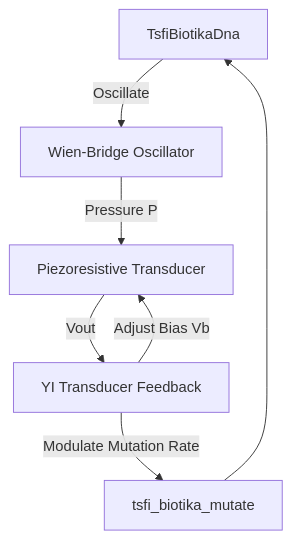
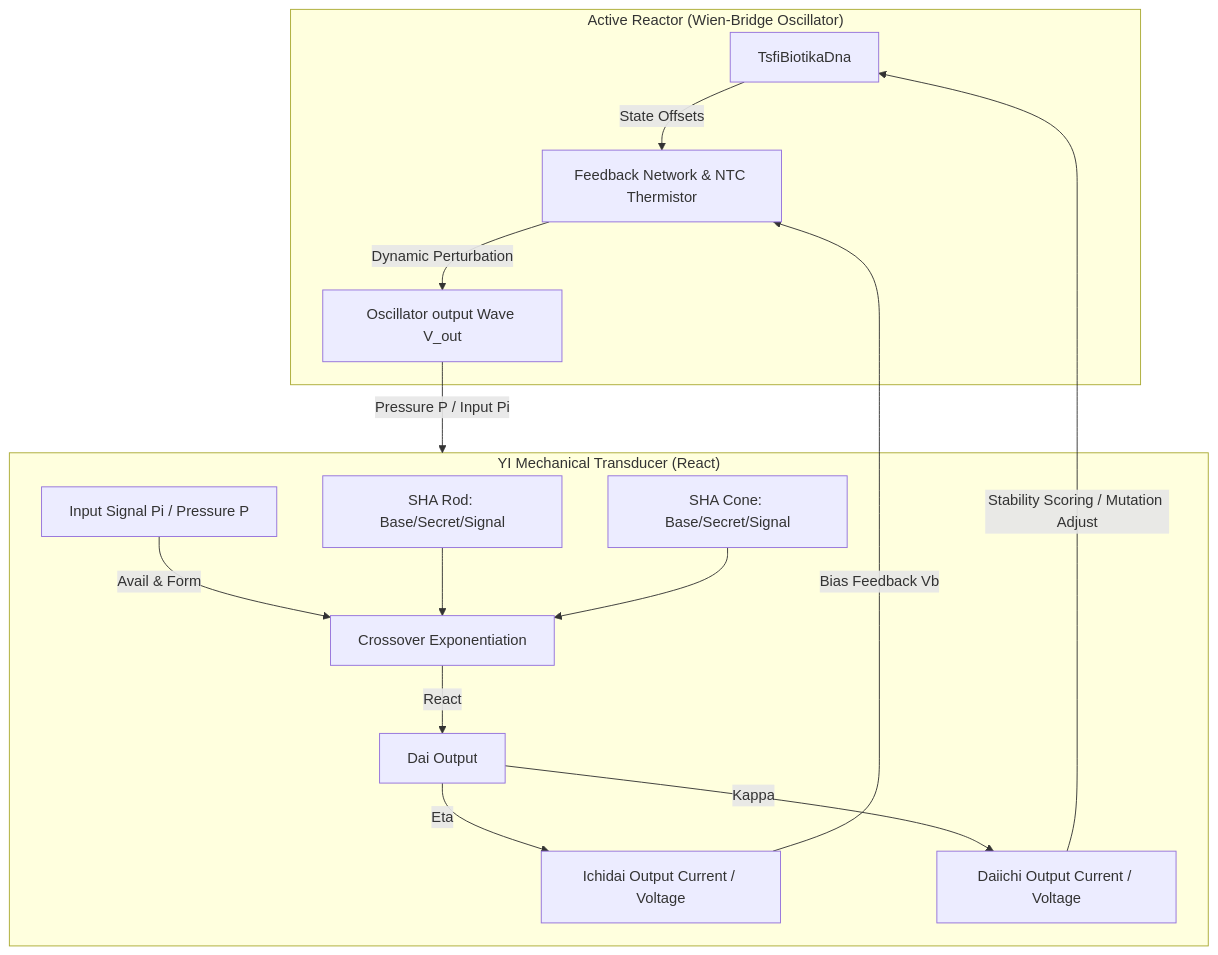
Before and after one commit to busytoby/atropa_pulsechain: the diagram in lore/yi_mechanical_transducer.md, drawn with Mermaid. The commit also changed other lines of this file, not shown here.

Commit message:
Refine the YI Mechanical Transducer system architecture diagram

````diff
--- a/lore/yi_mechanical_transducer.md
+++ b/lore/yi_mechanical_transducer.md
@@ -25,9 +25,29 @@
 ```mermaid
 graph TD
-    DNA[TsfiBiotikaDna] -->|Oscillate| OSC[Wien-Bridge Oscillator]
-    OSC -->|Pressure P| PHYS[Piezoresistive Transducer]
-    PHYS -->|Vout| BIAS_MOD[YI Transducer Feedback]
-    BIAS_MOD -->|Adjust Bias Vb| PHYS
-    BIAS_MOD -->|Modulate Mutation Rate| MUT[tsfi_biotika_mutate]
-    MUT --> DNA
+    %% Left Side: Physical Reactor & Transducer
+    subgraph Reactor ["Active Reactor (Wien-Bridge Oscillator)"]
+        DNA[TsfiBiotikaDna] -->|State Offsets| FEEDBACK[Feedback Network & NTC Thermistor]
+        FEEDBACK -->|Dynamic Perturbation| OSC_WAVE[Oscillator output Wave V_out]
+    end
+
+    %% Center: Transduction Mapping
+    OSC_WAVE -->|Pressure P / Input Pi| YI_TRANS
+
+    %% Right Side: YI Transducer Execution
+    subgraph YI_TRANS ["YI Mechanical Transducer (React)"]
+        ROD[SHA Rod: Base/Secret/Signal]
+        CONE[SHA Cone: Base/Secret/Signal]
+        
+        INPUT[Input Signal Pi / Pressure P] -->|Avail & Form| CROSSOVER[Crossover Exponentiation]
+        ROD --> CROSSOVER
+        CONE --> CROSSOVER
+        
+        CROSSOVER -->|React| OUT_DAI[Dai Output]
+        OUT_DAI -->|Eta| ICHIDAI[Ichidai Output Current / Voltage]
+        OUT_DAI -->|Kappa| DAIICHI[Daiichi Output Current / Voltage]
+    end
+
+    %% Feedback Loop
+    ICHIDAI -->|Bias Feedback Vb| FEEDBACK
+    DAIICHI -->|Stability Scoring / Mutation Adjust| DNA
 ```
````
